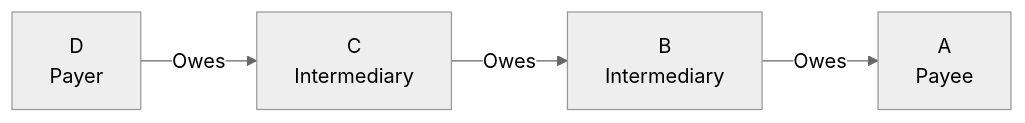
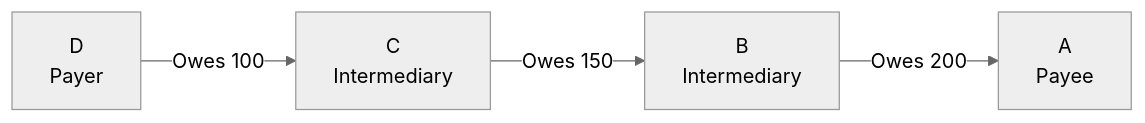
Before and after one commit to gotchoices/MyCHIPs: the first of 4 diagrams in test/analysis/byzantine/CONTEXT.md, drawn with Mermaid (neutral theme). The commit also changed other lines of this file, not shown here.

````diff
--- a/test/analysis/byzantine/CONTEXT.md
+++ b/test/analysis/byzantine/CONTEXT.md
@@ -138,6 +408,6 @@
 ```mermaid
 graph LR
-    D[D<br/>Payer] -->|"Owes"| C[C<br/>Intermediary]
-    C -->|"Owes"| B[B<br/>Intermediary]
-    B -->|"Owes"| A[A<br/>Payee]
+    D[D<br/>Payer] -->|"Owes 100"| C[C<br/>Intermediary]
+    C -->|"Owes 150"| B[B<br/>Intermediary]
+    B -->|"Owes 200"| A[A<br/>Payee]
 ```
````
